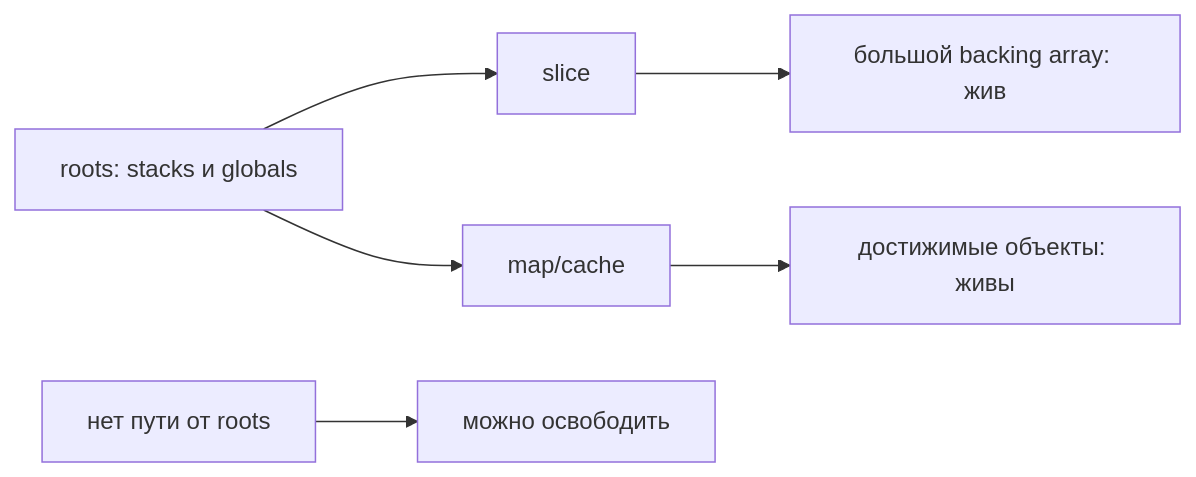
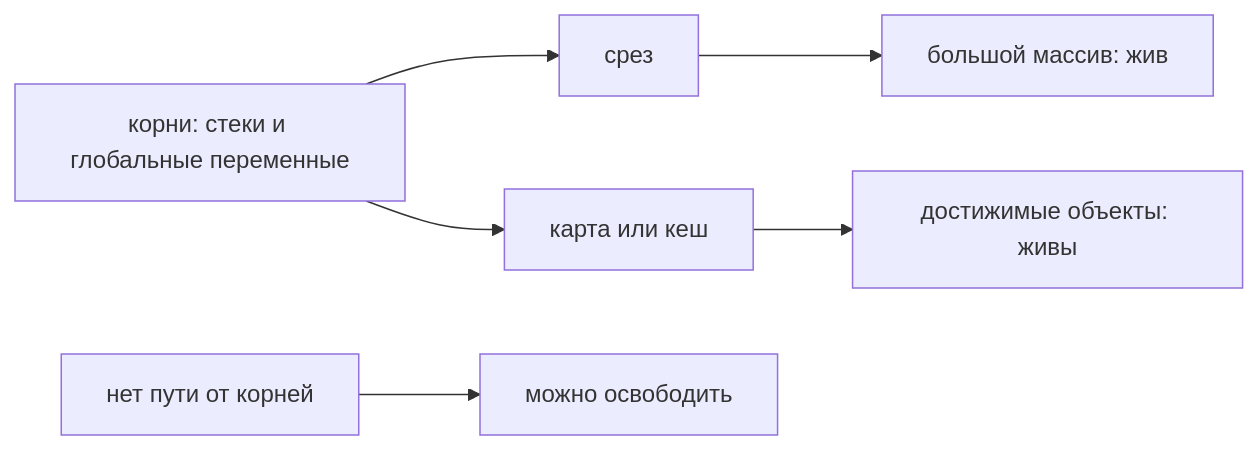
One commit to leary1337/vault changed the diagram in docs/go/runtime/garbage-collector.md. Above: the diagram before and after it, drawn with Mermaid. The commit also changed other lines of this file and 325 other files, not shown here.

````diff
--- a/docs/go/runtime/garbage-collector.md
+++ b/docs/go/runtime/garbage-collector.md
@@ -73,8 +64,8 @@
 ```mermaid
 flowchart LR
-    R["roots: stacks и globals"] --> S["slice"]
-    S --> A["большой backing array: жив"]
-    R --> M["map/cache"]
+    R["корни: стеки и глобальные переменные"] --> S["срез"]
+    S --> A["большой массив: жив"]
+    R --> M["карта или кеш"]
     M --> O["достижимые объекты: живы"]
-    X["нет пути от roots"] --> F["можно освободить"]
+    X["нет пути от корней"] --> F["можно освободить"]
 ```
````
